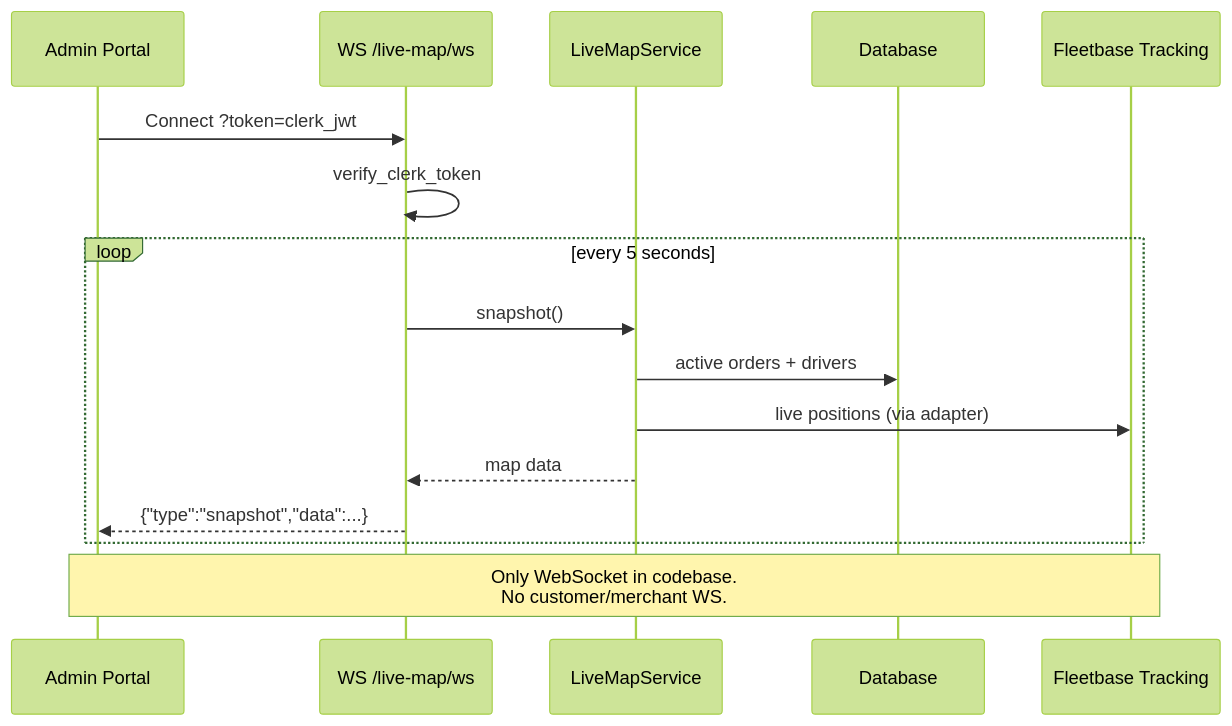
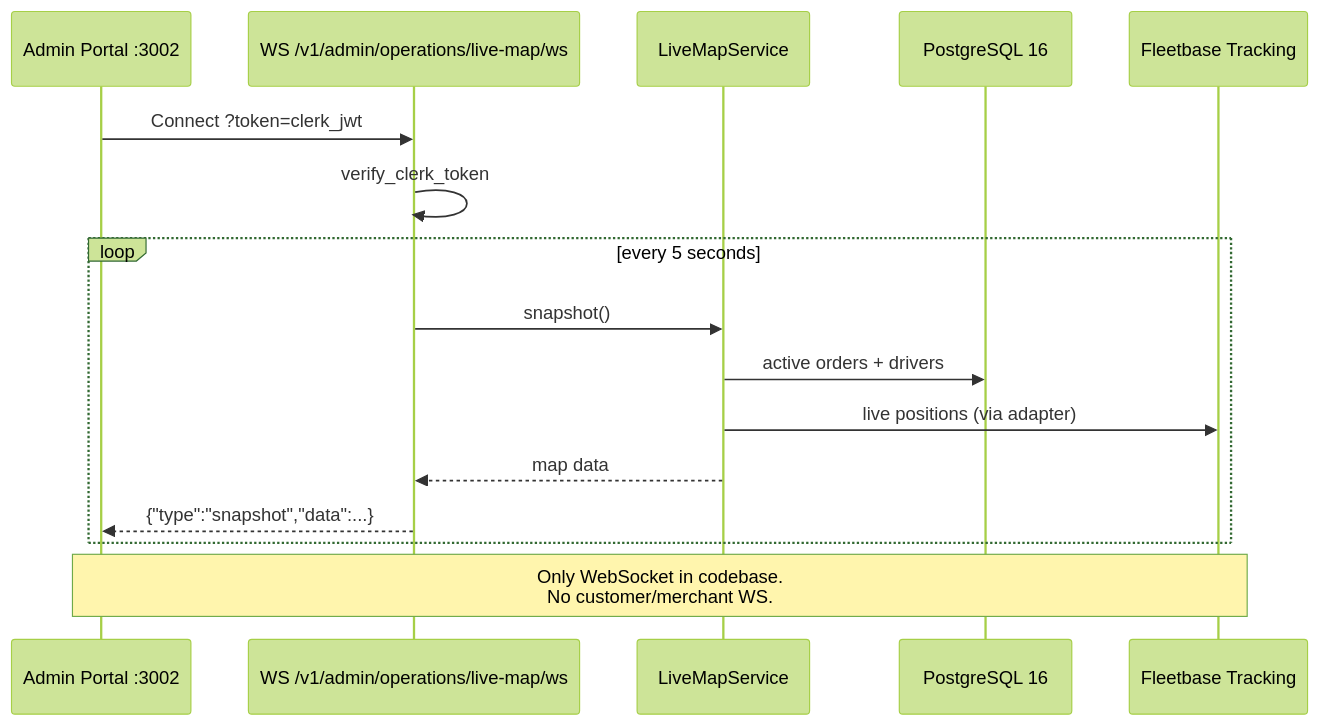
The diagram in docs/architecture/REALTIME_FLOW.md (PORTERCHAIN-INC/PCD), drawn with Mermaid (forest theme) before and after one commit. The commit also changed other lines of this file and 453 other files, not shown here.

````diff
--- a/docs/architecture/REALTIME_FLOW.md
+++ b/docs/architecture/REALTIME_FLOW.md
@@ -32,20 +47,20 @@
 ```mermaid
 sequenceDiagram
-  participant Admin as Admin Portal
-  participant WS as WS /live-map/ws
+  participant Admin as Admin Portal :3002
+  participant WS as WS /v1/admin/operations/live-map/ws
   participant LMS as LiveMapService
-  participant DB as Database
+  participant DB as PostgreSQL 16
   participant FB as Fleetbase Tracking
 
   Admin->>WS: Connect ?token=clerk_jwt
   WS->>WS: verify_clerk_token
   loop every 5 seconds
     WS->>LMS: snapshot()
     LMS->>DB: active orders + drivers
     LMS->>FB: live positions (via adapter)
     LMS-->>WS: map data
     WS-->>Admin: {"type":"snapshot","data":...}
   end
 
   Note over Admin,FB: Only WebSocket in codebase.<br/>No customer/merchant WS.
 ```
````
